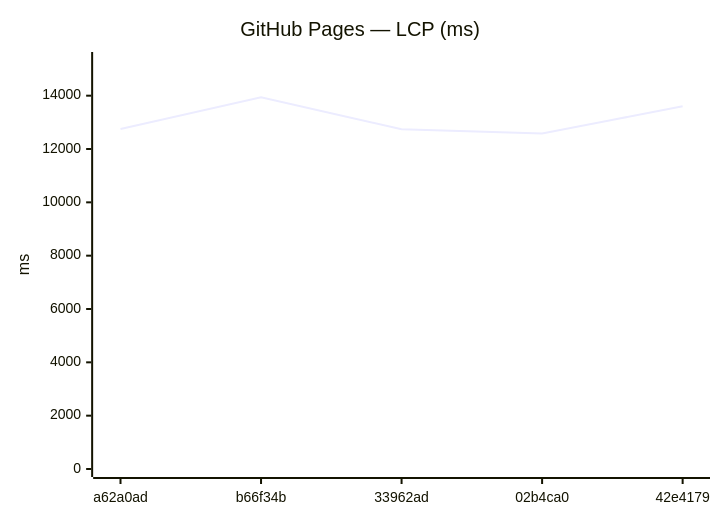
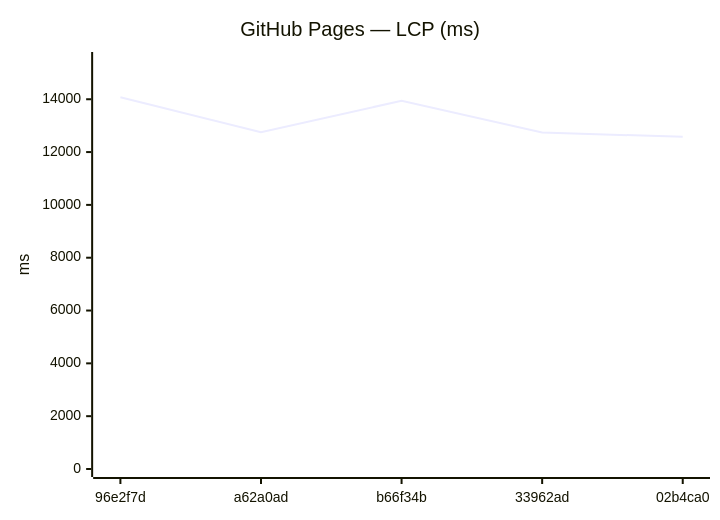
Before and after one commit to Metaheurist/Rianell: the ninth of 18 diagrams in benchmarks/compare.md, drawn with Mermaid. The commit also changed other lines of this file and 11 other files, not shown here.

````diff
--- a/benchmarks/compare.md
+++ b/benchmarks/compare.md
@@ -142,7 +142,7 @@
 ```mermaid
 xychart-beta
     title "GitHub Pages — LCP (ms)"
-    x-axis ["a62a0ad", "b66f34b", "33962ad", "02b4ca0", "42e4179"]
-    y-axis "ms" 0 --> 15338
-    line [12749, 13943, 12738, 12578, 13605]
+    x-axis ["96e2f7d", "a62a0ad", "b66f34b", "33962ad", "02b4ca0"]
+    y-axis "ms" 0 --> 15486
+    line [14078, 12749, 13943, 12738, 12578]
 ```
````
